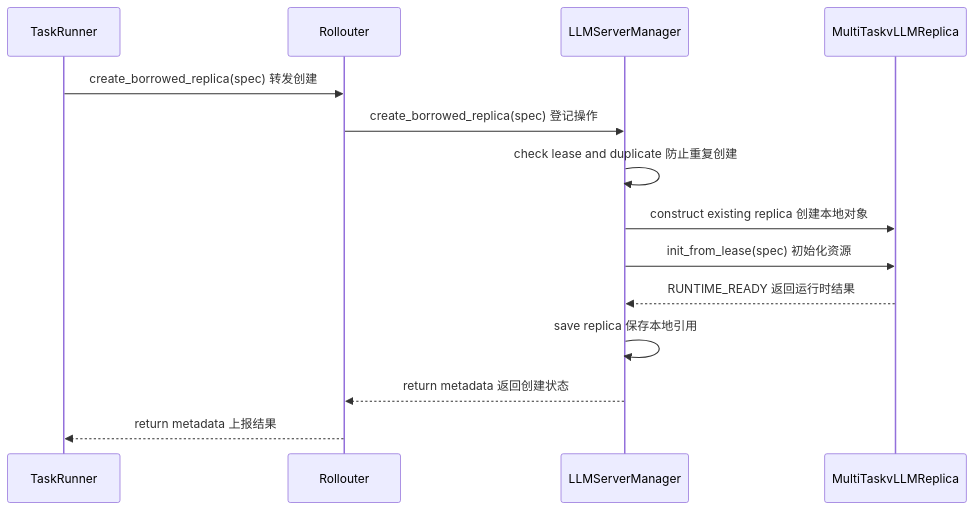
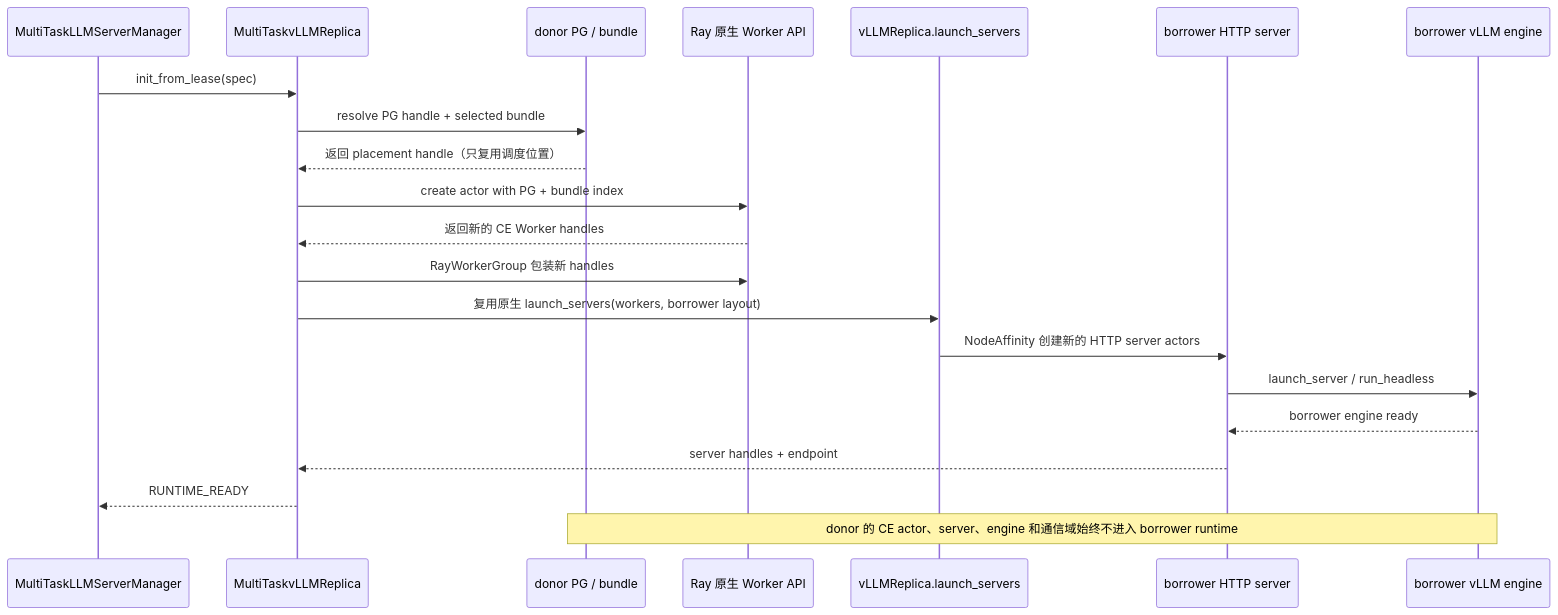
The sixth of 11 diagrams in docs/verl_expansion.md (ZiqiGuan892/verl_expansion), drawn with Mermaid before and after one commit. The commit also changed other lines of this file and 13 other files, not shown here.

Commit message:
D1: add borrowed replica contract and test entrypoint

````diff
--- a/docs/verl_expansion.md
+++ b/docs/verl_expansion.md
@@ -945,16 +1529,23 @@
 ```mermaid
 sequenceDiagram
-    participant T as TaskRunner
-    participant R as Rollouter
-    participant M as LLMServerManager
-    participant B as MultiTaskvLLMReplica
-    T->>R: create_borrowed_replica(spec) 转发创建
-    R->>M: create_borrowed_replica(spec) 登记操作
-    M->>M: check lease and duplicate 防止重复创建
-    M->>B: construct existing replica 创建本地对象
-    M->>B: init_from_lease(spec) 初始化资源
-    B-->>M: RUNTIME_READY 返回运行时结果
-    M->>M: save replica 保存本地引用
-    M-->>R: return metadata 返回创建状态
-    R-->>T: return metadata 上报结果
+    participant M as MultiTaskLLMServerManager
+    participant R as MultiTaskvLLMReplica
+    participant P as donor PG / bundle
+    participant RW as Ray 原生 Worker API
+    participant LS as vLLMReplica.launch_servers
+    participant HS as borrower HTTP server
+    participant E as borrower vLLM engine
+    M->>R: init_from_lease(spec)
+    R->>P: resolve PG handle + selected bundle
+    P-->>R: 返回 placement handle（只复用调度位置）
+    R->>RW: create actor with PG + bundle index
+    RW-->>R: 返回新的 CE Worker handles
+    R->>RW: RayWorkerGroup 包装新 handles
+    R->>LS: 复用原生 launch_servers(workers, borrower layout)
+    LS->>HS: NodeAffinity 创建新的 HTTP server actors
+    HS->>E: launch_server / run_headless
+    E-->>HS: borrower engine ready
+    HS-->>R: server handles + endpoint
+    R-->>M: RUNTIME_READY
+    Note over P,E: donor 的 CE actor、server、engine 和通信域始终不进入 borrower runtime
 ```
````
